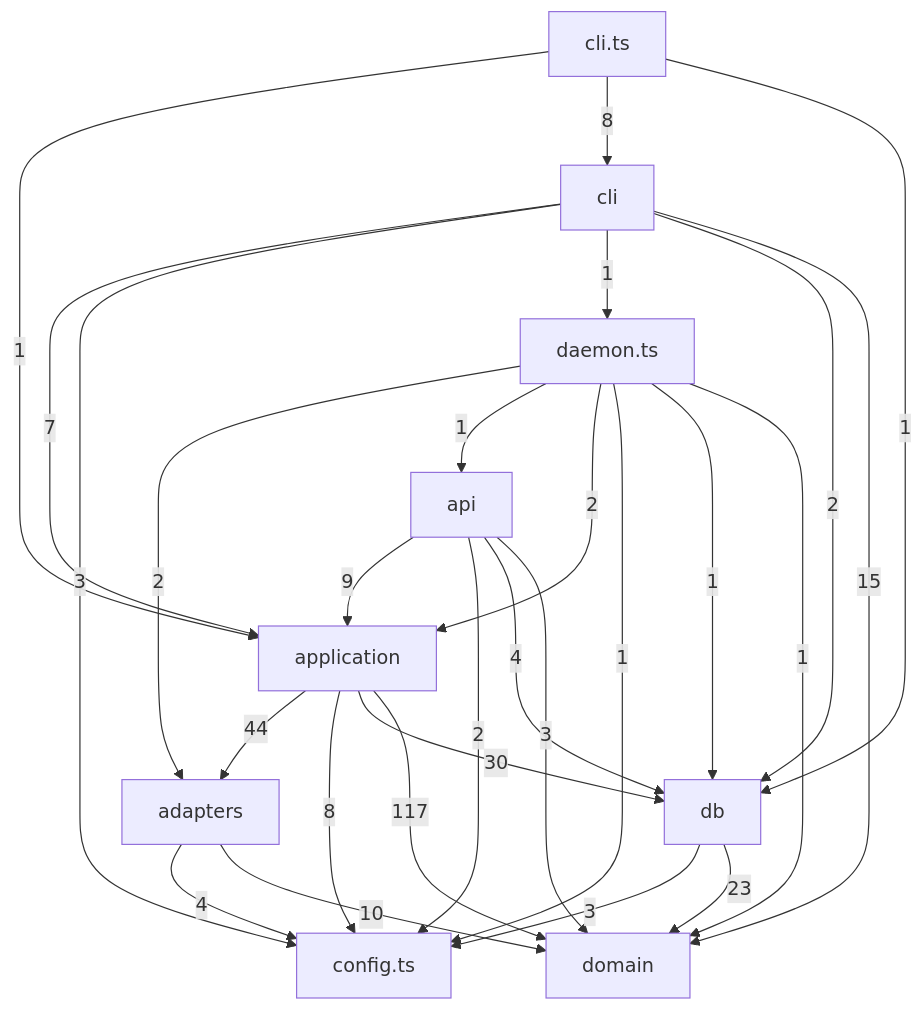
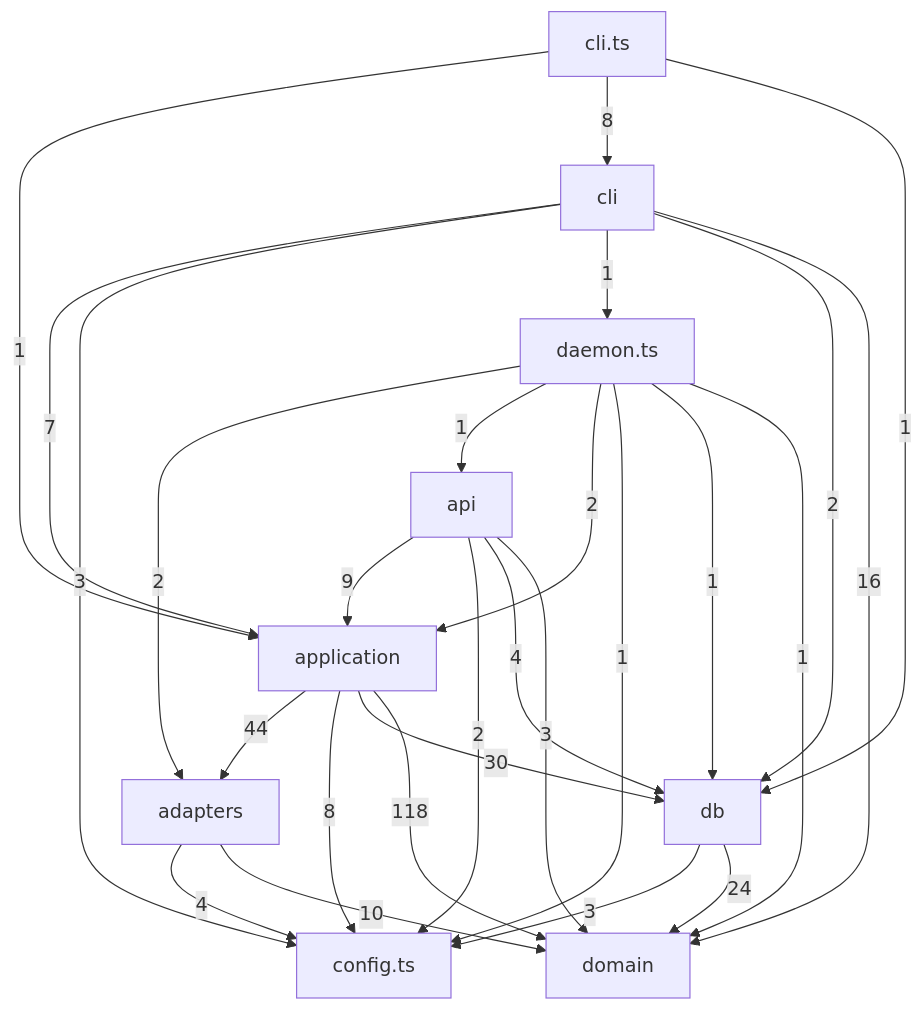
Before and after one commit to tomrobdev/agentdeck: the third of 5 diagrams in docs/architecture.md, drawn with Mermaid. The commit also changed 14 other files, not shown here.

````diff
--- a/docs/architecture.md
+++ b/docs/architecture.md
@@ -101,38 +101,38 @@
 ```mermaid
 flowchart TD
   adapters["adapters"]
   api["api"]
   application["application"]
   cli["cli"]
   cli_ts["cli.ts"]
   config_ts["config.ts"]
   daemon_ts["daemon.ts"]
   db["db"]
   domain["domain"]
   adapters -->|4| config_ts
   adapters -->|10| domain
   api -->|9| application
   api -->|2| config_ts
   api -->|4| db
   api -->|3| domain
   application -->|44| adapters
   application -->|8| config_ts
   application -->|30| db
-  application -->|117| domain
+  application -->|118| domain
   cli_ts -->|1| application
   cli_ts -->|8| cli
   cli_ts -->|1| db
   cli -->|7| application
   cli -->|3| config_ts
   cli -->|1| daemon_ts
   cli -->|2| db
-  cli -->|15| domain
+  cli -->|16| domain
   daemon_ts -->|2| adapters
   daemon_ts -->|1| api
   daemon_ts -->|2| application
   daemon_ts -->|1| config_ts
   daemon_ts -->|1| db
   daemon_ts -->|1| domain
   db -->|3| config_ts
-  db -->|23| domain
+  db -->|24| domain
 ```
````
